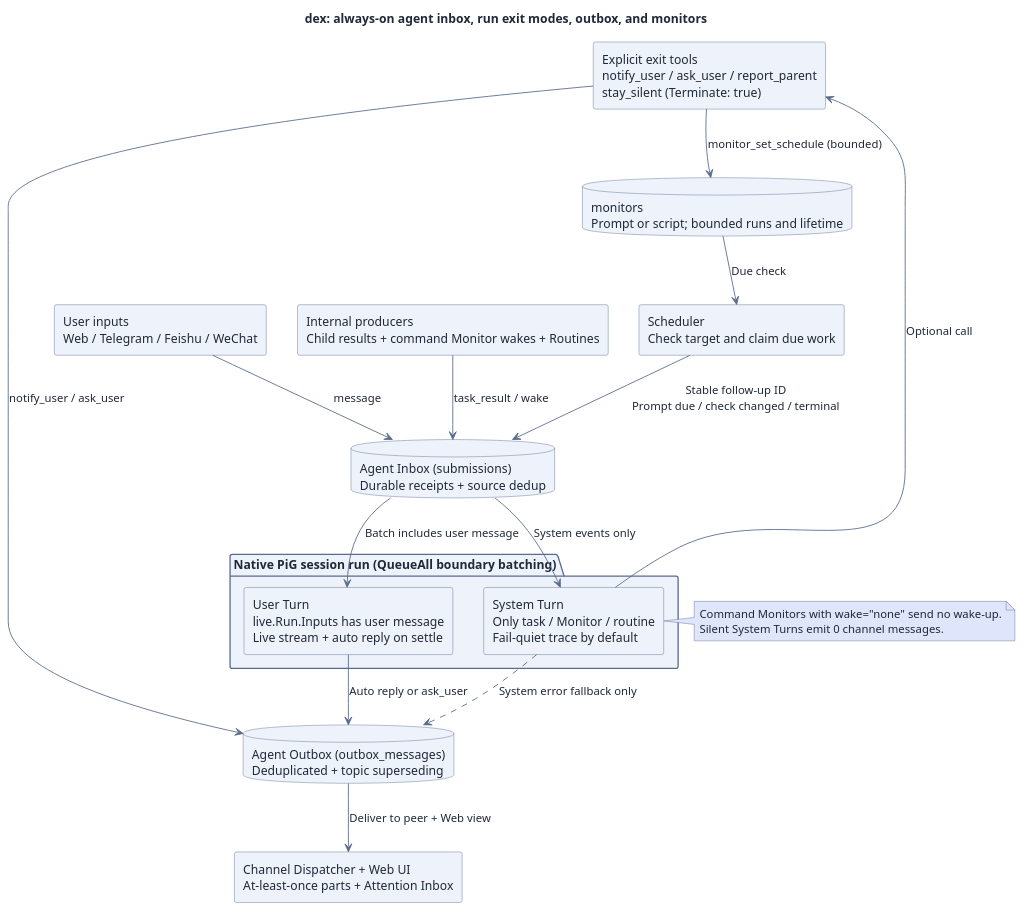
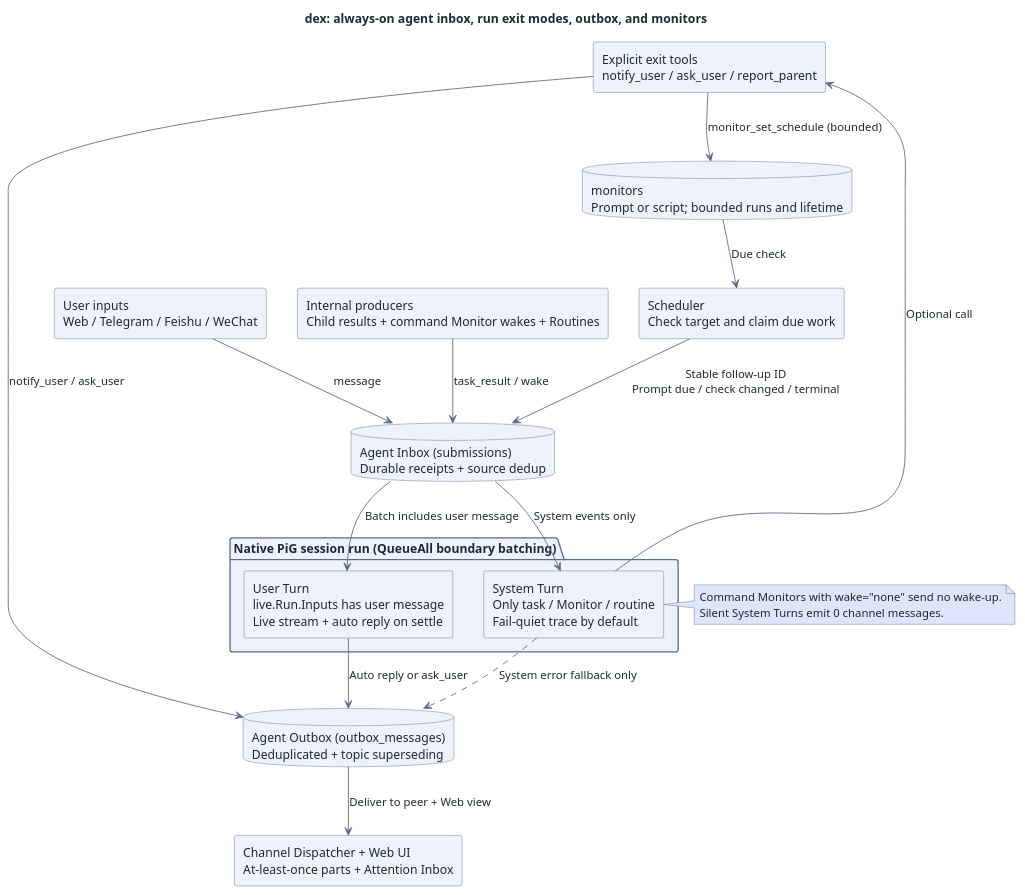
The diagram in docs/assets/src/always-on-flow.puml (recally-io/dex), drawn with PlantUML before and after one commit. The commit also changed 36 other files, not shown here.

```diff
--- a/docs/assets/src/always-on-flow.puml
+++ b/docs/assets/src/always-on-flow.puml
@@ -1,55 +1,55 @@
 @startuml
 skinparam RectangleBackgroundColor #eef2fb
 skinparam RectangleBorderColor #5b6b8c
 skinparam RectangleFontColor #1f2937
 skinparam DatabaseBackgroundColor #eef2fb
 skinparam DatabaseBorderColor #5b6b8c
 skinparam DatabaseFontColor #1f2937
 skinparam PackageBackgroundColor #eef2fb
 skinparam PackageBorderColor #5b6b8c
 skinparam DefaultFontColor #1f2937
 skinparam ArrowColor #5b6b8c
 skinparam ArrowFontColor #1f2937
 skinparam NoteBackgroundColor #dfe5fb
 skinparam NoteBorderColor #5b6b8c
 skinparam NoteFontColor #1f2937
 skinparam BackgroundColor #ffffff
 title dex: always-on agent inbox, run exit modes, outbox, and monitors
 top to bottom direction
 
 rectangle "User inputs\nWeb / Telegram / Feishu / WeChat" as user_in
 rectangle "Internal producers\nChild results + command Monitor wakes + Routines" as sys_in
 database "monitors\nPrompt or script; bounded runs and lifetime" as monitors
 rectangle "Scheduler\nCheck target and claim due work" as sched
 
 database "Agent Inbox (submissions)\nDurable receipts + source dedup" as inbox
 
 package "Native PiG session run (QueueAll boundary batching)" as run {
   rectangle "User Turn\nlive.Run.Inputs has user message\nLive stream + auto reply on settle" as user_turn
   rectangle "System Turn\nOnly task / Monitor / routine\nFail-quiet trace by default" as sys_turn
 }
 
-rectangle "Explicit exit tools\nnotify_user / ask_user / report_parent\nstay_silent (Terminate: true)" as tools
+rectangle "Explicit exit tools\nnotify_user / ask_user / report_parent" as tools
 database "Agent Outbox (outbox_messages)\nDeduplicated + topic superseding" as outbox
 rectangle "Channel Dispatcher + Web UI\nAt-least-once parts + Attention Inbox" as dispatch
 
 monitors --> sched : Due check
 sched --> inbox : Stable follow-up ID\nPrompt due / check changed / terminal
 user_in --> inbox : message
 sys_in --> inbox : task_result / wake
 
 inbox --> user_turn : Batch includes user message
 inbox --> sys_turn : System events only
 
 user_turn --> outbox : Auto reply or ask_user
 sys_turn --> tools : Optional call
 tools --> outbox : notify_user / ask_user
 tools --> monitors : monitor_set_schedule (bounded)
 sys_turn ..> outbox : System error fallback only
 
 outbox --> dispatch : Deliver to peer + Web view
 note right of sys_turn
   Command Monitors with wake="none" send no wake-up.
   Silent System Turns emit 0 channel messages.
 end note
 @enduml
```
